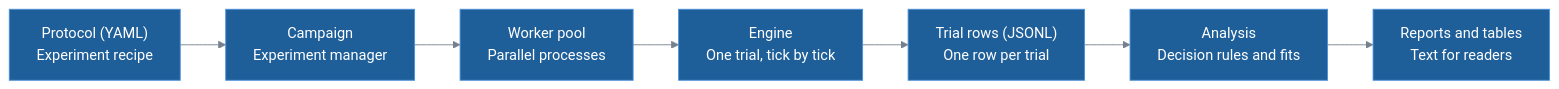
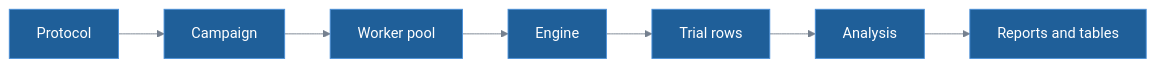
One commit to lykimq/HerdSim changed the first of 3 diagrams in docs/codes/architecture.md. Above: the diagram before and after it, drawn with Mermaid. The commit also changed other lines of this file and 60 other files, not shown here.

````diff
--- a/docs/codes/architecture.md
+++ b/docs/codes/architecture.md
@@ -9,10 +7,10 @@
 ```mermaid
 %%{init: {"theme": "base", "themeVariables": {"primaryColor": "#1f5f99", "primaryTextColor": "#ffffff", "primaryBorderColor": "#4a90d9", "lineColor": "#75808f", "tertiaryTextColor": "#75808f", "titleColor": "#75808f", "clusterBkg": "transparent", "clusterBorder": "#75808f", "edgeLabelBackground": "transparent"}}}%%
 flowchart LR
-    protocol["Protocol (YAML)<br/>Experiment recipe"] --> campaign["Campaign<br/>Experiment manager"]
-    campaign --> workers["Worker pool<br/>Parallel processes"]
-    workers --> engine["Engine<br/>One trial, tick by tick"]
-    engine --> rows["Trial rows (JSONL)<br/>One row per trial"]
-    rows --> analysis["Analysis<br/>Decision rules and fits"]
-    analysis --> reports["Reports and tables<br/>Text for readers"]
+    protocol["Protocol"] --> campaign["Campaign"]
+    campaign --> workers["Worker pool"]
+    workers --> engine["Engine"]
+    engine --> rows["Trial rows"]
+    rows --> analysis["Analysis"]
+    analysis --> reports["Reports and tables"]
 ```
````
